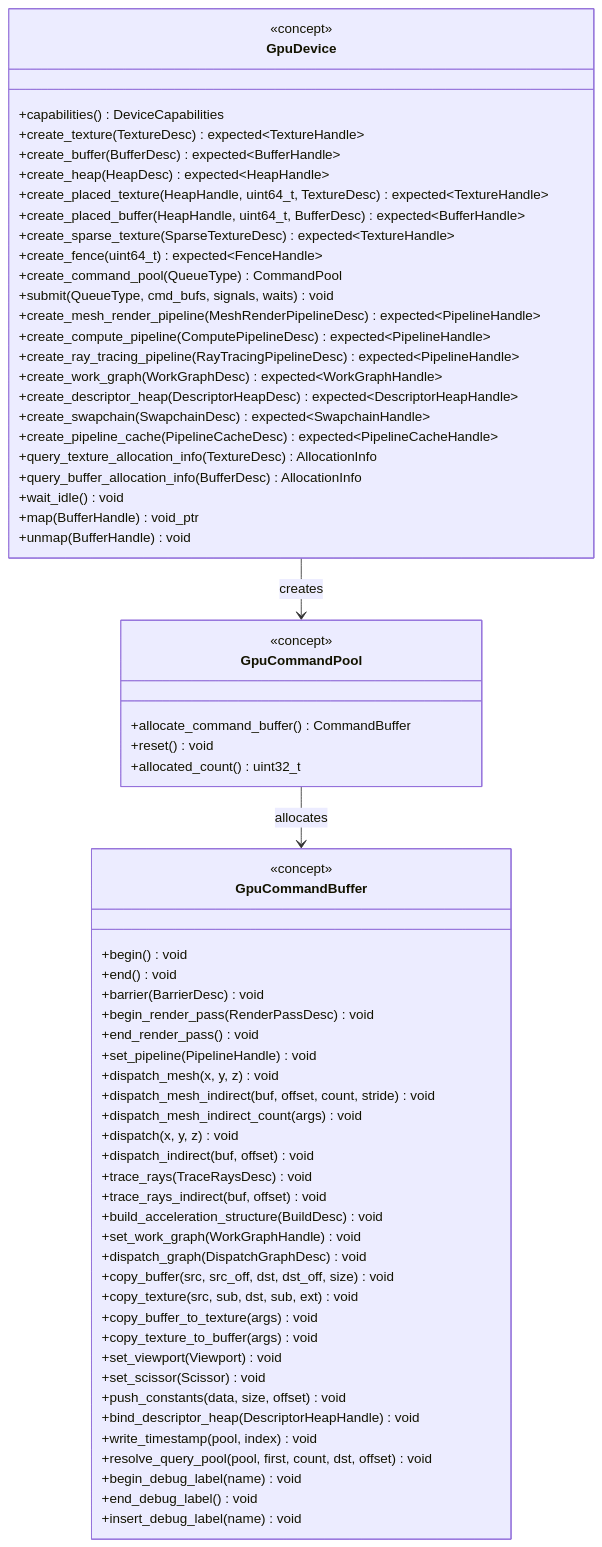
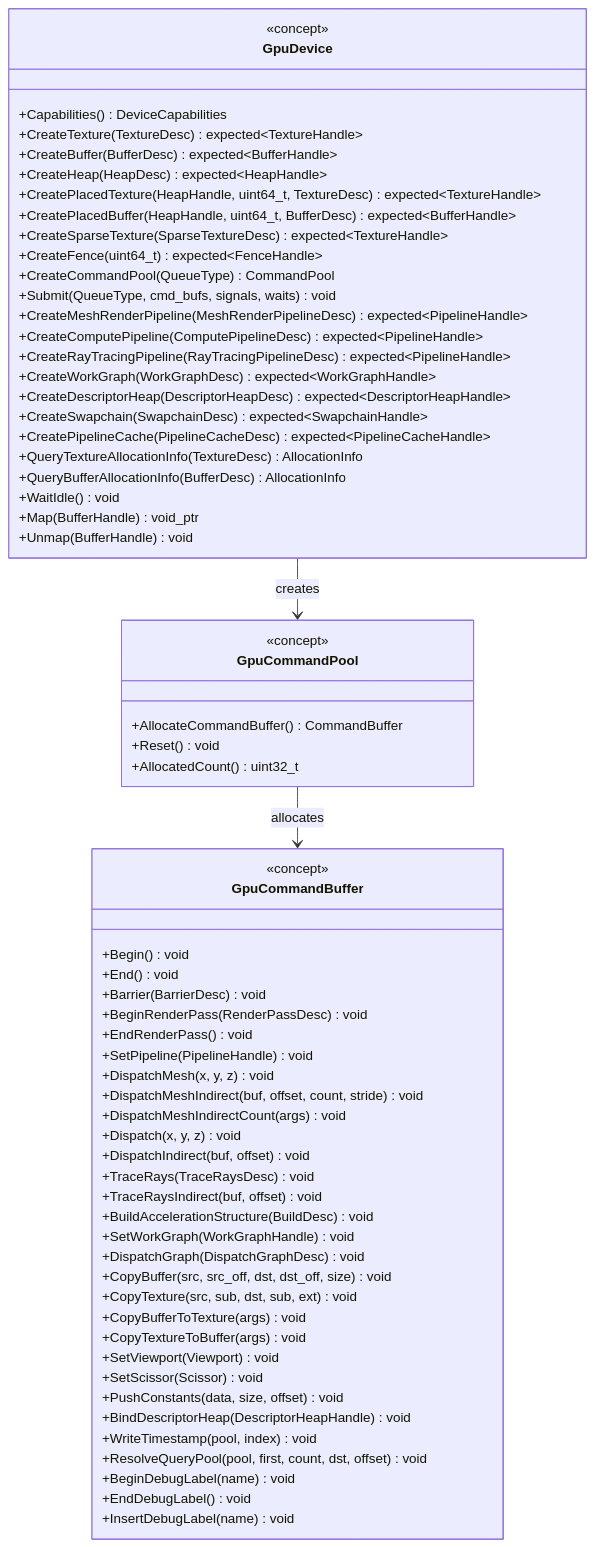
Diagram 13 of 17 in docs/design/gpu-backend-interface-classes.md (harmonius-dev/harmonius), drawn with Mermaid before and after one commit. The commit also changed other lines of this file and 67 other files, not shown here.

````diff
--- a/docs/design/gpu-backend-interface-classes.md
+++ b/docs/design/gpu-backend-interface-classes.md
@@ -789,69 +789,69 @@
 ```mermaid
 classDiagram
     class GpuDevice {
         <<concept>>
-        +capabilities() DeviceCapabilities
-        +create_texture(TextureDesc) expected~TextureHandle~
-        +create_buffer(BufferDesc) expected~BufferHandle~
-        +create_heap(HeapDesc) expected~HeapHandle~
-        +create_placed_texture(HeapHandle, uint64_t, TextureDesc) expected~TextureHandle~
-        +create_placed_buffer(HeapHandle, uint64_t, BufferDesc) expected~BufferHandle~
-        +create_sparse_texture(SparseTextureDesc) expected~TextureHandle~
-        +create_fence(uint64_t) expected~FenceHandle~
-        +create_command_pool(QueueType) CommandPool
-        +submit(QueueType, cmd_bufs, signals, waits) void
-        +create_mesh_render_pipeline(MeshRenderPipelineDesc) expected~PipelineHandle~
-        +create_compute_pipeline(ComputePipelineDesc) expected~PipelineHandle~
-        +create_ray_tracing_pipeline(RayTracingPipelineDesc) expected~PipelineHandle~
-        +create_work_graph(WorkGraphDesc) expected~WorkGraphHandle~
-        +create_descriptor_heap(DescriptorHeapDesc) expected~DescriptorHeapHandle~
-        +create_swapchain(SwapchainDesc) expected~SwapchainHandle~
-        +create_pipeline_cache(PipelineCacheDesc) expected~PipelineCacheHandle~
-        +query_texture_allocation_info(TextureDesc) AllocationInfo
-        +query_buffer_allocation_info(BufferDesc) AllocationInfo
-        +wait_idle() void
-        +map(BufferHandle) void_ptr
-        +unmap(BufferHandle) void
+        +Capabilities() DeviceCapabilities
+        +CreateTexture(TextureDesc) expected~TextureHandle~
+        +CreateBuffer(BufferDesc) expected~BufferHandle~
+        +CreateHeap(HeapDesc) expected~HeapHandle~
+        +CreatePlacedTexture(HeapHandle, uint64_t, TextureDesc) expected~TextureHandle~
+        +CreatePlacedBuffer(HeapHandle, uint64_t, BufferDesc) expected~BufferHandle~
+        +CreateSparseTexture(SparseTextureDesc) expected~TextureHandle~
+        +CreateFence(uint64_t) expected~FenceHandle~
+        +CreateCommandPool(QueueType) CommandPool
+        +Submit(QueueType, cmd_bufs, signals, waits) void
+        +CreateMeshRenderPipeline(MeshRenderPipelineDesc) expected~PipelineHandle~
+        +CreateComputePipeline(ComputePipelineDesc) expected~PipelineHandle~
+        +CreateRayTracingPipeline(RayTracingPipelineDesc) expected~PipelineHandle~
+        +CreateWorkGraph(WorkGraphDesc) expected~WorkGraphHandle~
+        +CreateDescriptorHeap(DescriptorHeapDesc) expected~DescriptorHeapHandle~
+        +CreateSwapchain(SwapchainDesc) expected~SwapchainHandle~
+        +CreatePipelineCache(PipelineCacheDesc) expected~PipelineCacheHandle~
+        +QueryTextureAllocationInfo(TextureDesc) AllocationInfo
+        +QueryBufferAllocationInfo(BufferDesc) AllocationInfo
+        +WaitIdle() void
+        +Map(BufferHandle) void_ptr
+        +Unmap(BufferHandle) void
     }
     class GpuCommandBuffer {
         <<concept>>
-        +begin() void
-        +end() void
-        +barrier(BarrierDesc) void
-        +begin_render_pass(RenderPassDesc) void
-        +end_render_pass() void
-        +set_pipeline(PipelineHandle) void
-        +dispatch_mesh(x, y, z) void
-        +dispatch_mesh_indirect(buf, offset, count, stride) void
-        +dispatch_mesh_indirect_count(args) void
-        +dispatch(x, y, z) void
-        +dispatch_indirect(buf, offset) void
-        +trace_rays(TraceRaysDesc) void
-        +trace_rays_indirect(buf, offset) void
-        +build_acceleration_structure(BuildDesc) void
-        +set_work_graph(WorkGraphHandle) void
-        +dispatch_graph(DispatchGraphDesc) void
-        +copy_buffer(src, src_off, dst, dst_off, size) void
-        +copy_texture(src, sub, dst, sub, ext) void
-        +copy_buffer_to_texture(args) void
-        +copy_texture_to_buffer(args) void
-        +set_viewport(Viewport) void
-        +set_scissor(Scissor) void
-        +push_constants(data, size, offset) void
-        +bind_descriptor_heap(DescriptorHeapHandle) void
-        +write_timestamp(pool, index) void
-        +resolve_query_pool(pool, first, count, dst, offset) void
-        +begin_debug_label(name) void
-        +end_debug_label() void
-        +insert_debug_label(name) void
+        +Begin() void
+        +End() void
+        +Barrier(BarrierDesc) void
+        +BeginRenderPass(RenderPassDesc) void
+        +EndRenderPass() void
+        +SetPipeline(PipelineHandle) void
+        +DispatchMesh(x, y, z) void
+        +DispatchMeshIndirect(buf, offset, count, stride) void
+        +DispatchMeshIndirectCount(args) void
+        +Dispatch(x, y, z) void
+        +DispatchIndirect(buf, offset) void
+        +TraceRays(TraceRaysDesc) void
+        +TraceRaysIndirect(buf, offset) void
+        +BuildAccelerationStructure(BuildDesc) void
+        +SetWorkGraph(WorkGraphHandle) void
+        +DispatchGraph(DispatchGraphDesc) void
+        +CopyBuffer(src, src_off, dst, dst_off, size) void
+        +CopyTexture(src, sub, dst, sub, ext) void
+        +CopyBufferToTexture(args) void
+        +CopyTextureToBuffer(args) void
+        +SetViewport(Viewport) void
+        +SetScissor(Scissor) void
+        +PushConstants(data, size, offset) void
+        +BindDescriptorHeap(DescriptorHeapHandle) void
+        +WriteTimestamp(pool, index) void
+        +ResolveQueryPool(pool, first, count, dst, offset) void
+        +BeginDebugLabel(name) void
+        +EndDebugLabel() void
+        +InsertDebugLabel(name) void
     }
     class GpuCommandPool {
         <<concept>>
-        +allocate_command_buffer() CommandBuffer
-        +reset() void
-        +allocated_count() uint32_t
+        +AllocateCommandBuffer() CommandBuffer
+        +Reset() void
+        +AllocatedCount() uint32_t
     }
 
     GpuDevice --> GpuCommandPool : creates
     GpuCommandPool --> GpuCommandBuffer : allocates
 ```
````
